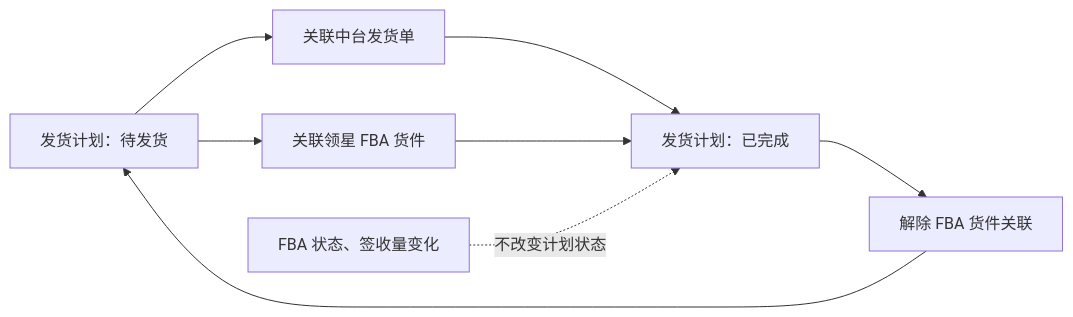
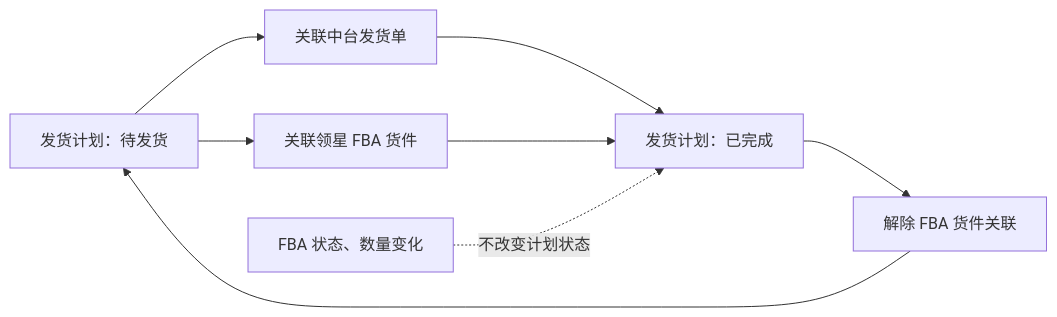
The second of 2 diagrams in PRD/领星FBA货件对接PRD.md (heiquanrenheiquanren-lab/Middle-Platform-Pages), drawn with Mermaid before and after one commit. The commit also changed other lines of this file and 12 other files, not shown here.

````diff
--- a/PRD/领星FBA货件对接PRD.md
+++ b/PRD/领星FBA货件对接PRD.md
@@ -262,14 +217,14 @@
 ```mermaid
 flowchart LR
     planPending["发货计划：待发货"]
     normalLink["关联中台发货单"]
     fbaLink["关联领星 FBA 货件"]
     planDone["发货计划：已完成"]
     fbaUnlink["解除 FBA 货件关联"]
-    fbaUpdate["FBA 状态、签收量变化"]
+    fbaUpdate["FBA 状态、数量变化"]
 
     planPending --> normalLink --> planDone
     planPending --> fbaLink --> planDone
     planDone --> fbaUnlink --> planPending
     fbaUpdate -.->|"不改变计划状态"| planDone
 ```
````
